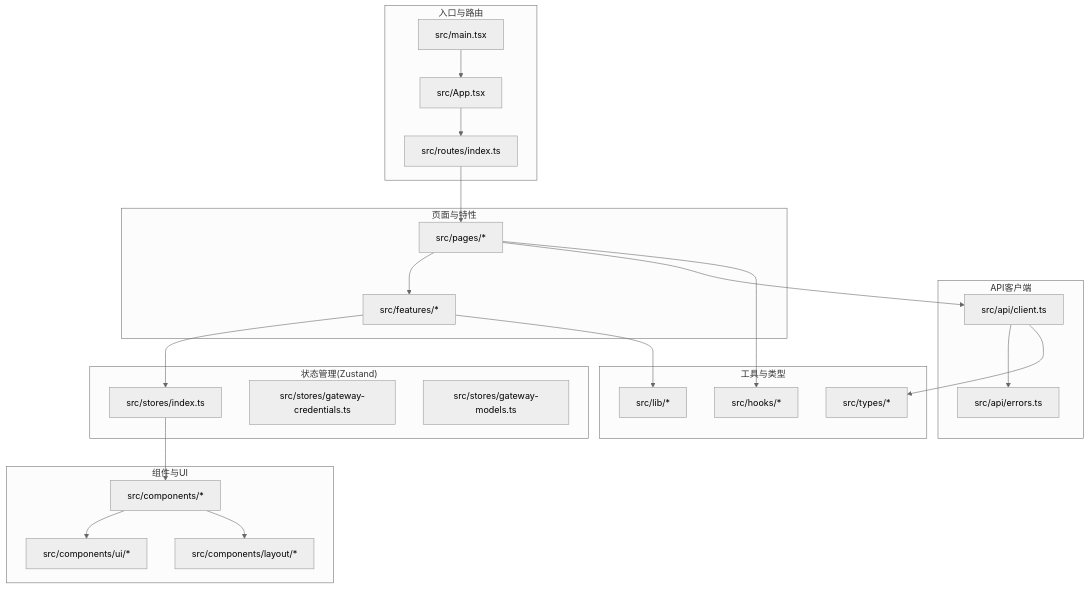
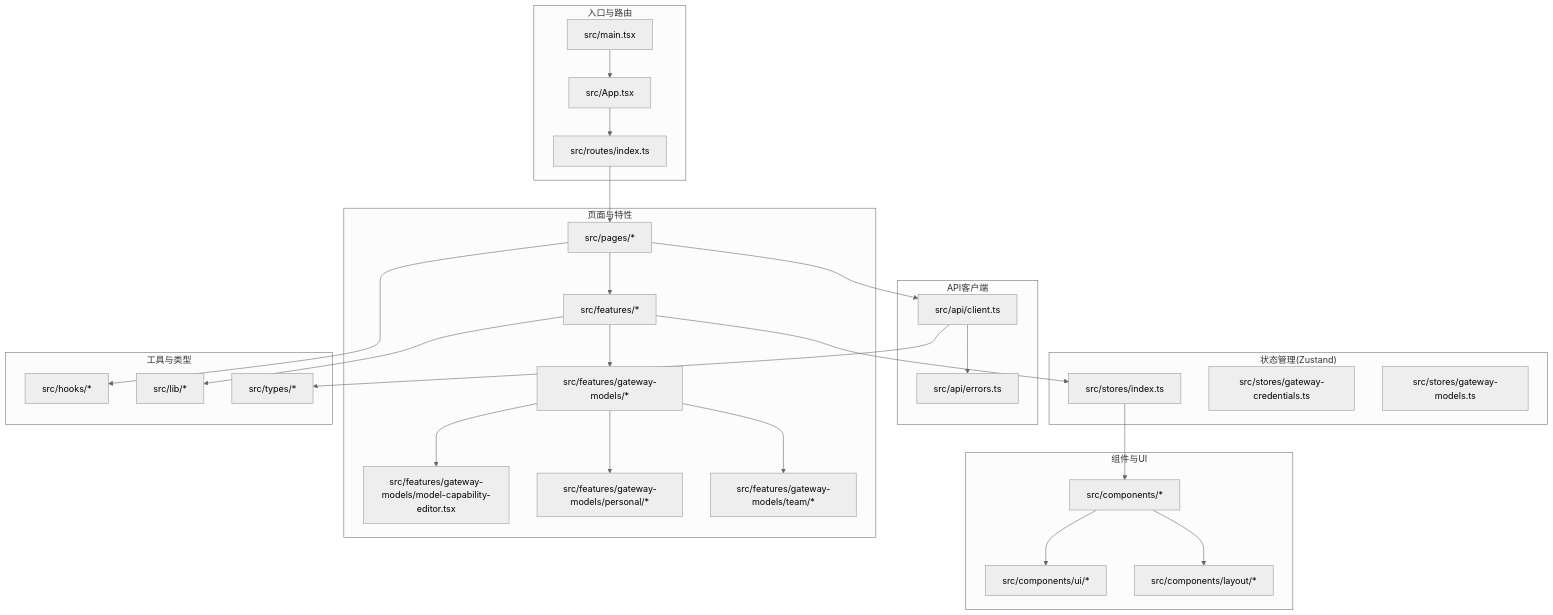
Before and after one commit to tianyehedashu/ai-agent: the first of 10 diagrams in .qoder/repowiki/zh/content/前端应用架构/前端应用架构.md, drawn with Mermaid (neutral theme). The commit also changed other lines of this file and 32 other files, not shown here.

````diff
--- a/.qoder/repowiki/zh/content/前端应用架构/前端应用架构.md
+++ b/.qoder/repowiki/zh/content/前端应用架构/前端应用架构.md
@@ -57,43 +72,51 @@
 ```mermaid
 graph TB
 subgraph "入口与路由"
 A["src/main.tsx"]
 B["src/App.tsx"]
 C["src/routes/index.ts"]
 end
 subgraph "状态管理(Zustand)"
 D["src/stores/index.ts"]
 E["src/stores/gateway-credentials.ts"]
 F["src/stores/gateway-models.ts"]
 end
 subgraph "API客户端"
 G["src/api/client.ts"]
 H["src/api/errors.ts"]
 end
 subgraph "组件与UI"
 I["src/components/*"]
 J["src/components/ui/*"]
 K["src/components/layout/*"]
 end
 subgraph "页面与特性"
 L["src/pages/*"]
 M["src/features/*"]
+N["src/features/gateway-models/*"]
+O["src/features/gateway-models/model-capability-editor.tsx"]
+P["src/features/gateway-models/personal/*"]
+Q["src/features/gateway-models/team/*"]
 end
 subgraph "工具与类型"
-N["src/hooks/*"]
-O["src/lib/*"]
-P["src/types/*"]
+R["src/hooks/*"]
+S["src/lib/*"]
+T["src/types/*"]
 end
 A --> B --> C
 C --> L
 L --> M
 M --> D
+M --> N
+N --> O
+N --> P
+N --> Q
 L --> G
 G --> H
 D --> I
 I --> J
 I --> K
-L --> N
-M --> O
-G --> P
+L --> R
+M --> S
+G --> T
 ```
````
